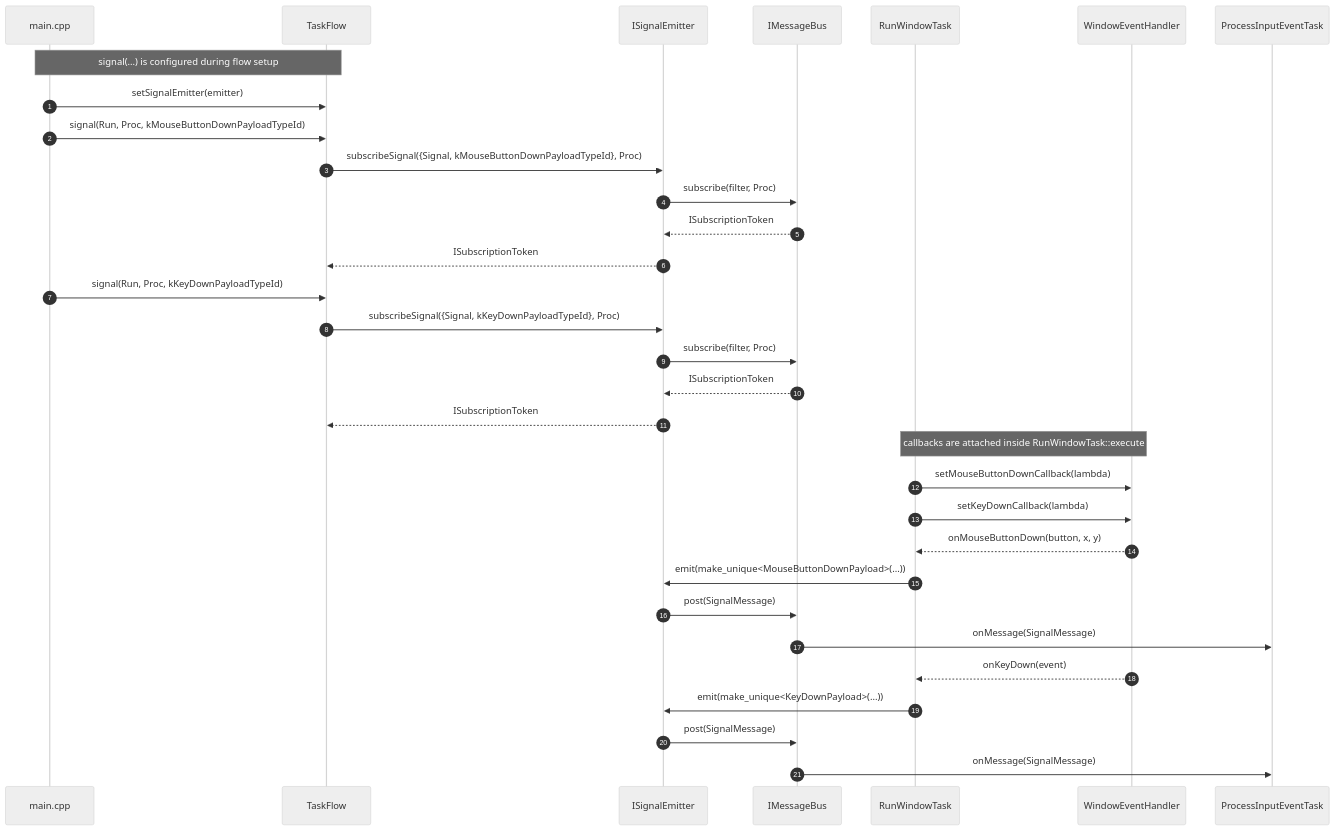
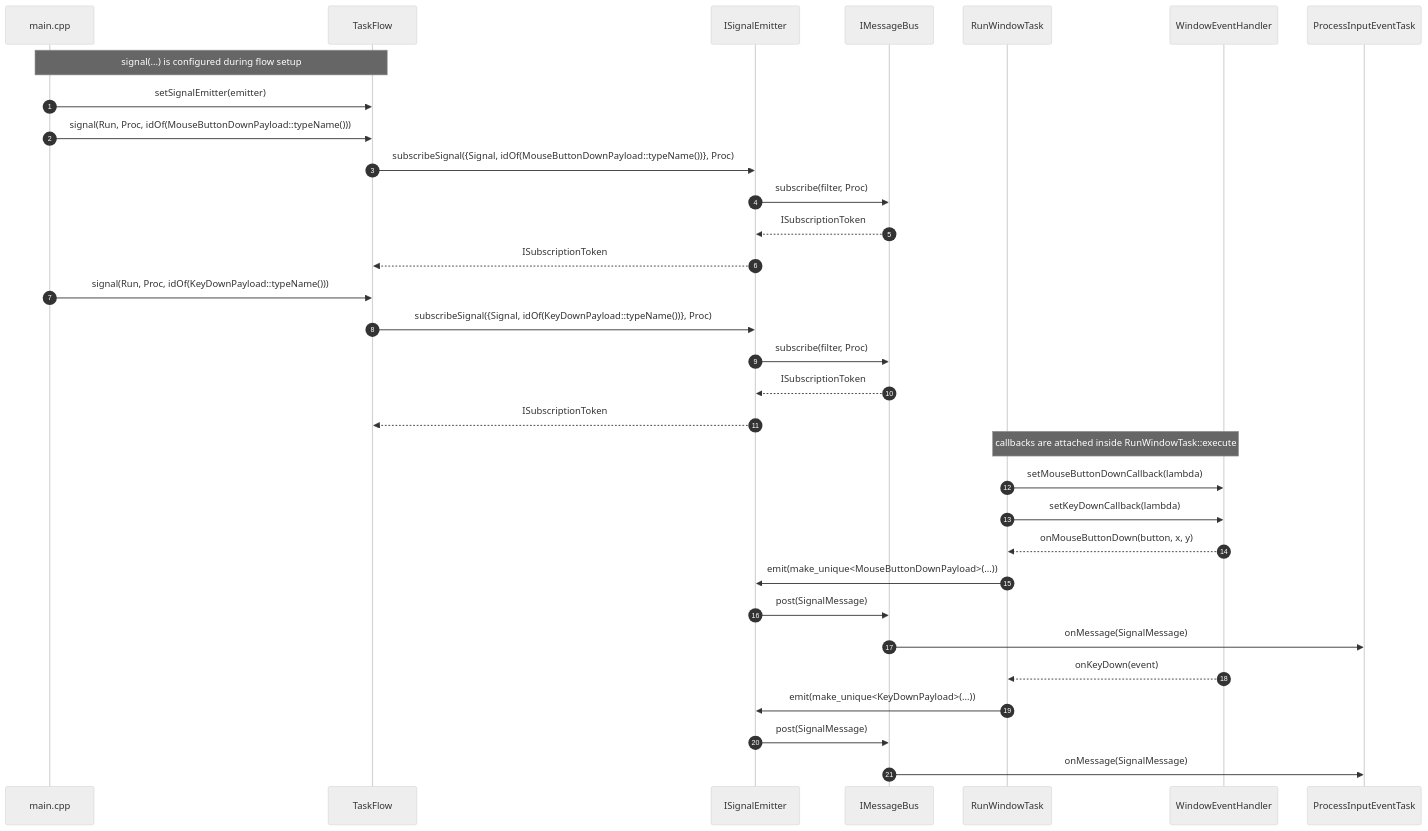
The second of 2 diagrams in doc/signals-class-diagram.md (vigine-dev/Vigine), drawn with Mermaid (neutral theme) before and after one commit. The commit also changed 3 other files, not shown here.

First line of the commit message:
Refresh stale doc refs to removed kPayloadTypeId constants (#367)

````diff
--- a/doc/signals-class-diagram.md
+++ b/doc/signals-class-diagram.md
@@ -68,41 +68,41 @@
 ```mermaid
 sequenceDiagram
 autonumber
 
 participant Main as main.cpp
 participant TF as TaskFlow
 participant Emitter as ISignalEmitter
 participant Bus as IMessageBus
 participant Run as RunWindowTask
 participant Handler as WindowEventHandler
 participant Proc as ProcessInputEventTask
 
 Note over Main,TF: signal(...) is configured during flow setup
 
 Main->>TF: setSignalEmitter(emitter)
-Main->>TF: signal(Run, Proc, kMouseButtonDownPayloadTypeId)
-TF->>Emitter: subscribeSignal({Signal, kMouseButtonDownPayloadTypeId}, Proc)
+Main->>TF: signal(Run, Proc, idOf(MouseButtonDownPayload::typeName()))
+TF->>Emitter: subscribeSignal({Signal, idOf(MouseButtonDownPayload::typeName())}, Proc)
 Emitter->>Bus: subscribe(filter, Proc)
 Bus-->>Emitter: ISubscriptionToken
 Emitter-->>TF: ISubscriptionToken
 
-Main->>TF: signal(Run, Proc, kKeyDownPayloadTypeId)
-TF->>Emitter: subscribeSignal({Signal, kKeyDownPayloadTypeId}, Proc)
+Main->>TF: signal(Run, Proc, idOf(KeyDownPayload::typeName()))
+TF->>Emitter: subscribeSignal({Signal, idOf(KeyDownPayload::typeName())}, Proc)
 Emitter->>Bus: subscribe(filter, Proc)
 Bus-->>Emitter: ISubscriptionToken
 Emitter-->>TF: ISubscriptionToken
 
 Note over Run,Handler: callbacks are attached inside RunWindowTask::execute
 Run->>Handler: setMouseButtonDownCallback(lambda)
 Run->>Handler: setKeyDownCallback(lambda)
 
 Handler-->>Run: onMouseButtonDown(button, x, y)
 Run->>Emitter: emit(make_unique<MouseButtonDownPayload>(...))
 Emitter->>Bus: post(SignalMessage)
 Bus->>Proc: onMessage(SignalMessage)
 
 Handler-->>Run: onKeyDown(event)
 Run->>Emitter: emit(make_unique<KeyDownPayload>(...))
 Emitter->>Bus: post(SignalMessage)
 Bus->>Proc: onMessage(SignalMessage)
 ```
````
